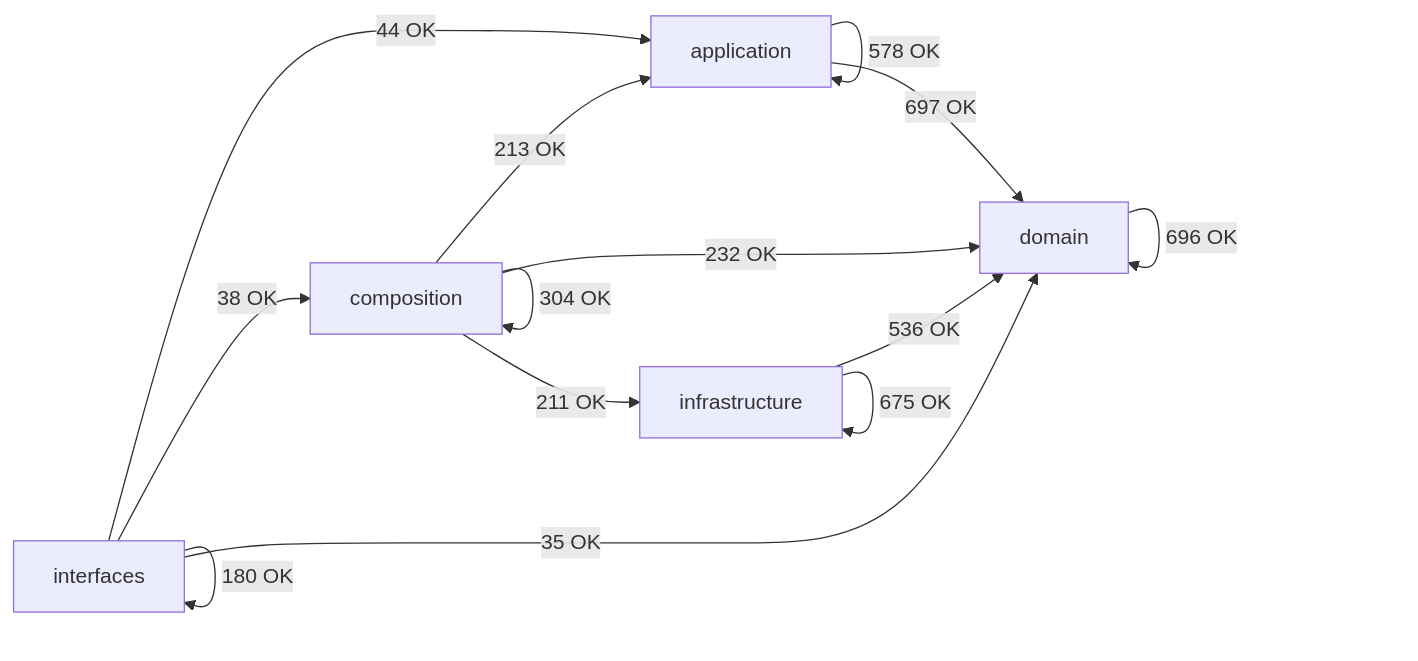
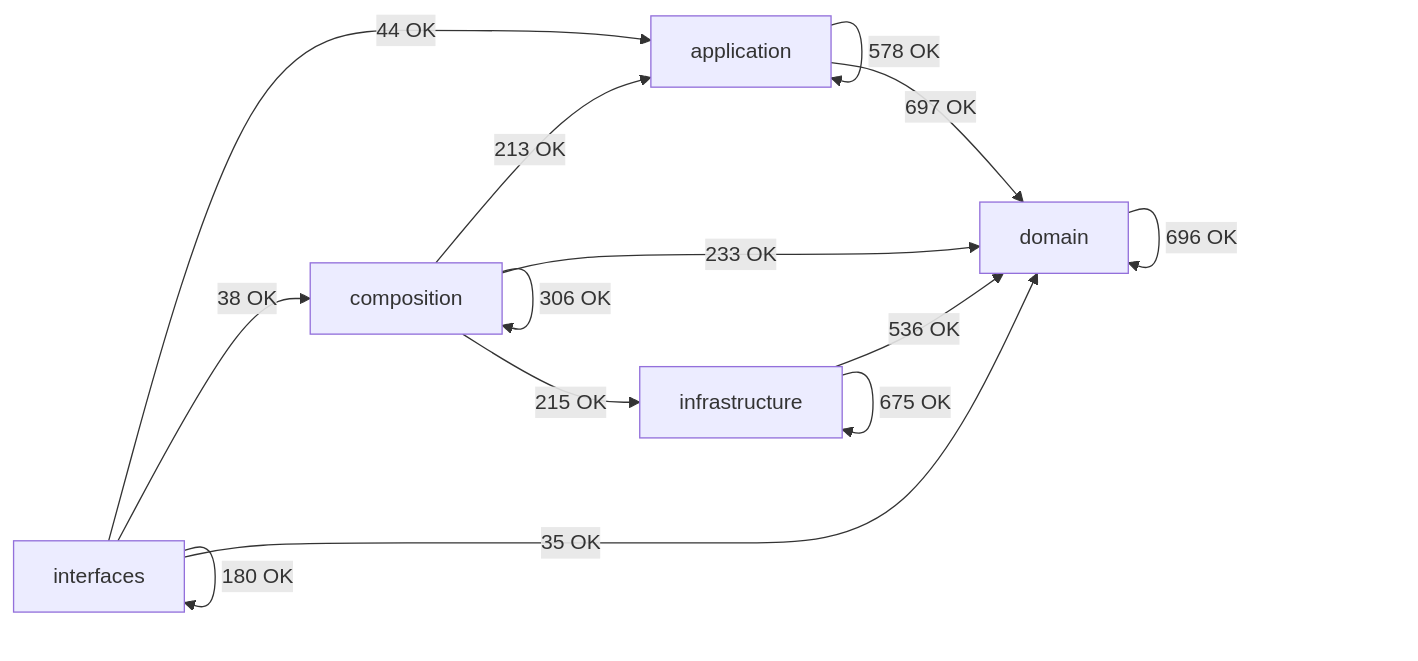
One commit to SatoryKono/BioactivityDataAcquisition changed the diagram in docs/02-architecture/generated/module-dependency-map.md. Above: the diagram before and after it, drawn with Mermaid. The commit also changed other lines of this file and 5 other files, not shown here.

````diff
--- a/docs/02-architecture/generated/module-dependency-map.md
+++ b/docs/02-architecture/generated/module-dependency-map.md
@@ -16,21 +16,21 @@
 ```mermaid
 flowchart LR
     domain[domain]
     application[application]
     infrastructure[infrastructure]
     composition[composition]
     interfaces[interfaces]
     application -->|578 OK| application
     application -->|697 OK| domain
     composition -->|213 OK| application
-    composition -->|304 OK| composition
-    composition -->|232 OK| domain
-    composition -->|211 OK| infrastructure
+    composition -->|306 OK| composition
+    composition -->|233 OK| domain
+    composition -->|215 OK| infrastructure
     domain -->|696 OK| domain
     infrastructure -->|536 OK| domain
     infrastructure -->|675 OK| infrastructure
     interfaces -->|44 OK| application
     interfaces -->|38 OK| composition
     interfaces -->|35 OK| domain
     interfaces -->|180 OK| interfaces
 ```
````
